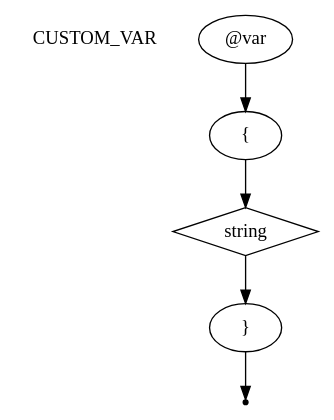
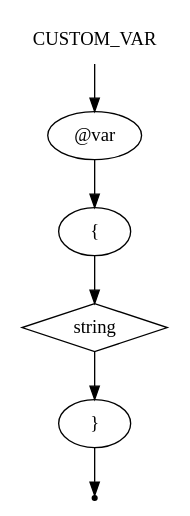
The diagram in pseudocode/custom_var.gv (ayu-f/DSL_Pseudocode), drawn with Graphviz before and after one commit. The commit also changed 4 other files, not shown here.

```diff
--- a/pseudocode/custom_var.gv
+++ b/pseudocode/custom_var.gv
@@ -1,13 +1,13 @@
 digraph CUSTOM_VAR {
     start [label=CUSTOM_VAR shape=plaintext]
     custom_var_prefix [label="@var" shape=oval]
     br_open [label="{" shape=oval]
     string [label=string shape=diamond]
     br_close [label="}" shape=oval]
     end [label="" shape=point]
-
+    start -> custom_var_prefix
     custom_var_prefix -> br_open
     br_open -> string
     string -> br_close
     br_close -> end
 }
```
